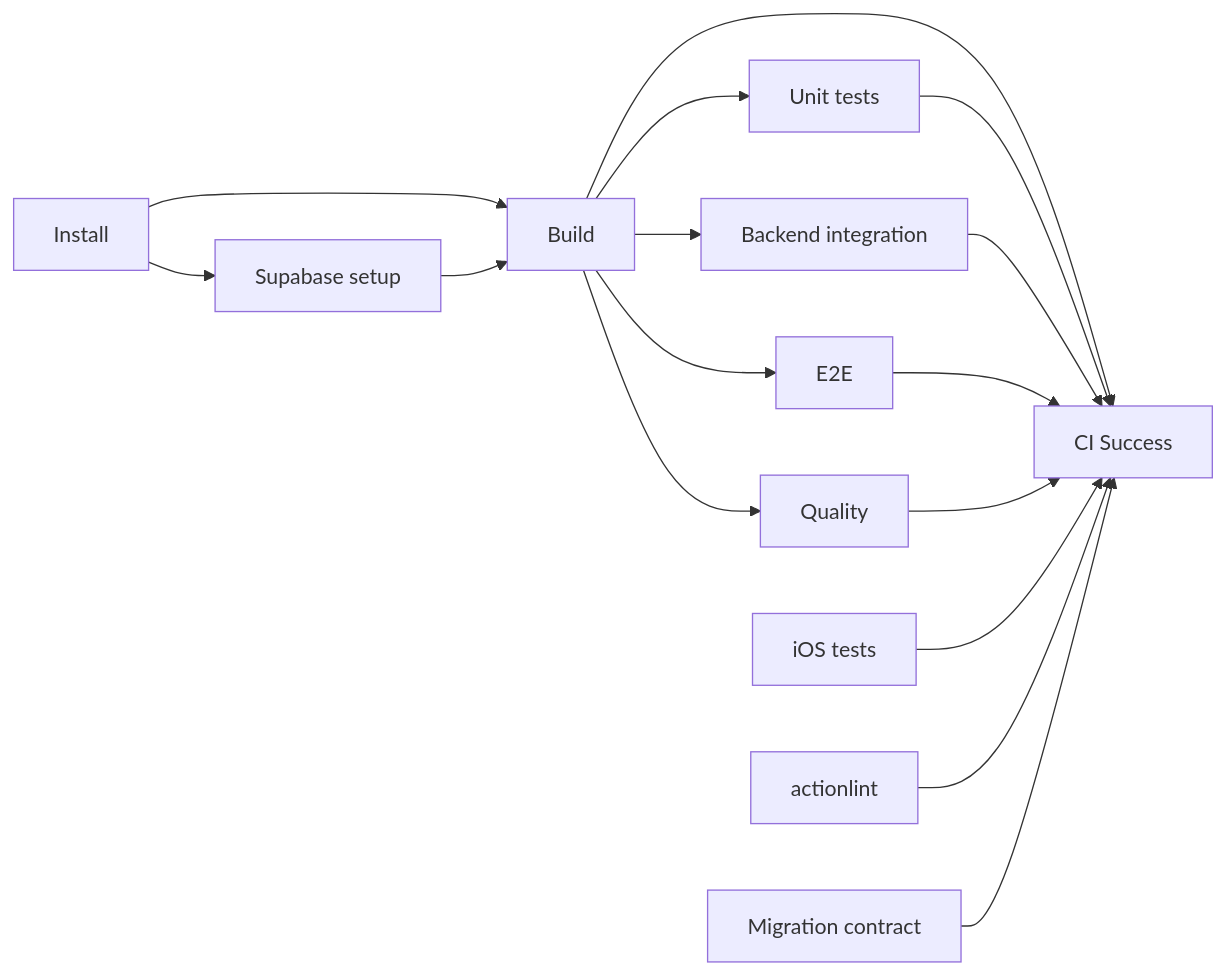
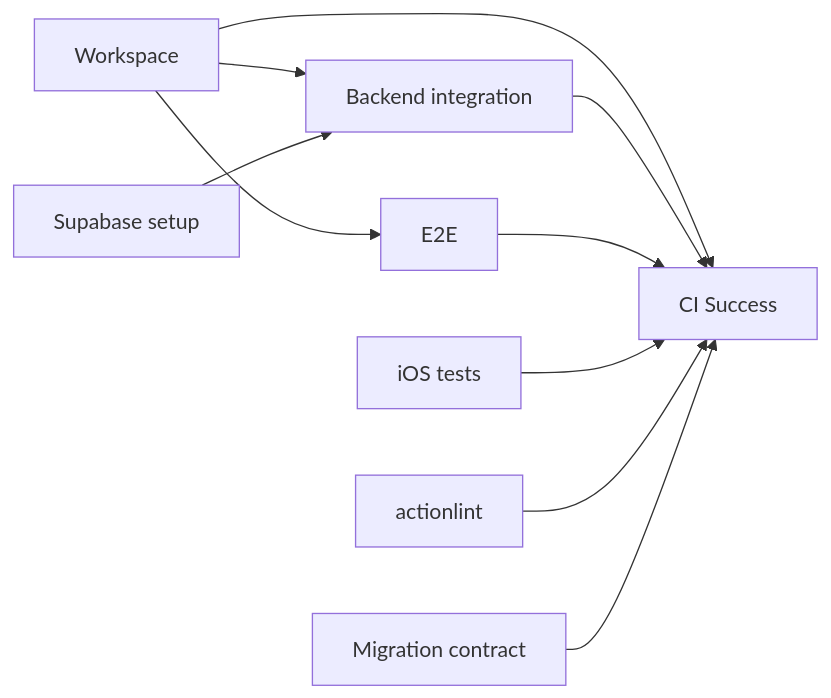
One commit to neogenz/pulpe changed the first of 2 diagrams in docs/CI.md. Above: the diagram before and after it, drawn with Mermaid. The commit also changed other lines of this file and 3 other files, not shown here.

````diff
--- a/docs/CI.md
+++ b/docs/CI.md
@@ -16,18 +16,12 @@
 ```mermaid
 flowchart LR
-    Install[Install] --> Supabase[Supabase setup]
-    Install --> Build[Build]
-    Supabase --> Build
-    Build --> Unit[Unit tests]
-    Build --> Integration[Backend integration]
-    Build --> E2E[E2E]
-    Build --> Quality[Quality]
-    Build --> Success[CI Success]
-    Unit --> Success[CI Success]
+    Workspace[Workspace] --> E2E[E2E]
+    Workspace --> Integration[Backend integration]
+    Supabase[Supabase setup] --> Integration
+    Workspace --> Success[CI Success]
     Integration --> Success
     E2E --> Success
-    Quality --> Success
     IOS[iOS tests] --> Success
     Actionlint[actionlint] --> Success
     Migration[Migration contract] --> Success
 ```
````
